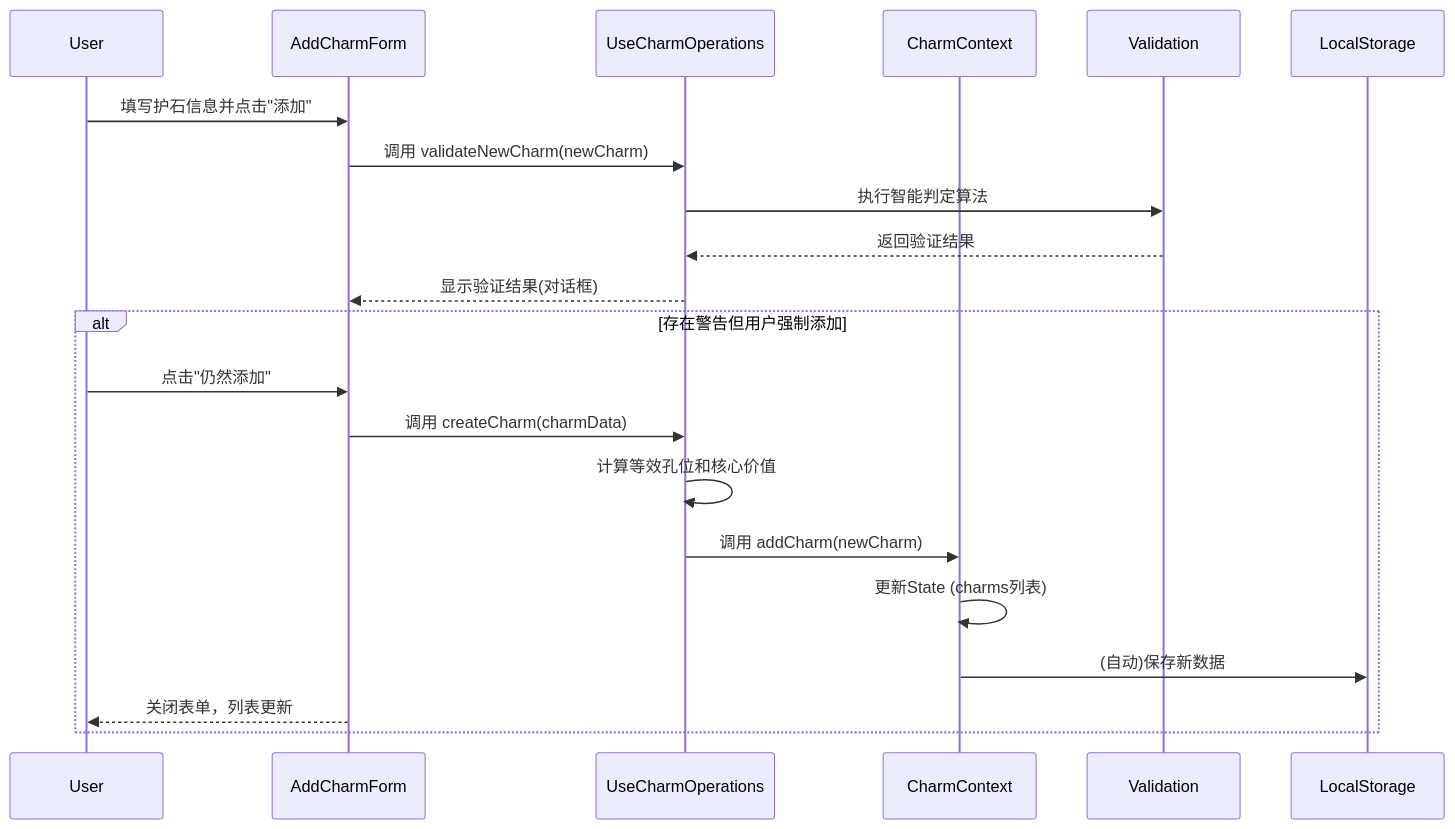
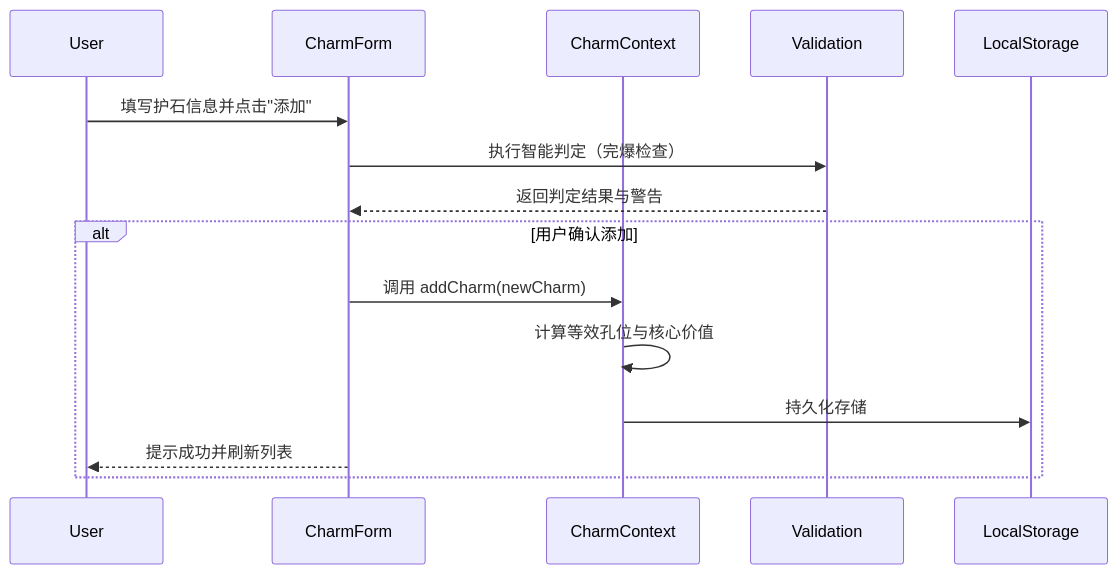
One commit to mooonseeker/mhws-set-builder changed the third of 3 diagrams in ARCHITECTURE.md. Above: the diagram before and after it, drawn with Mermaid. The commit also changed other lines of this file and 1 other file, not shown here.

Commit message:
📃 docs: update ARCHITECTURE and README

````diff
--- a/ARCHITECTURE.md
+++ b/ARCHITECTURE.md
@@ -389,25 +293,19 @@
 ```mermaid
 sequenceDiagram
     participant User
-    participant AddCharmForm
-    participant UseCharmOperations
+    participant CharmForm
     participant CharmContext
     participant Validation
     participant LocalStorage
 
-    User->>AddCharmForm: 填写护石信息并点击"添加"
-    AddCharmForm->>UseCharmOperations: 调用 validateNewCharm(newCharm)
-    UseCharmOperations->>Validation: 执行智能判定算法
-    Validation-->>UseCharmOperations: 返回验证结果
-    UseCharmOperations-->>AddCharmForm: 显示验证结果(对话框)
-
-    alt 存在警告但用户强制添加
-        User->>AddCharmForm: 点击"仍然添加"
-        AddCharmForm->>UseCharmOperations: 调用 createCharm(charmData)
-        UseCharmOperations->>UseCharmOperations: 计算等效孔位和核心价值
-        UseCharmOperations->>CharmContext: 调用 addCharm(newCharm)
-        CharmContext->>CharmContext: 更新State (charms列表)
-        CharmContext->>LocalStorage: (自动)保存新数据
-        AddCharmForm-->>User: 关闭表单，列表更新
+    User->>CharmForm: 填写护石信息并点击"添加"
+    CharmForm->>Validation: 执行智能判定（完爆检查）
+    Validation-->>CharmForm: 返回判定结果与警告
+    
+    alt 用户确认添加
+        CharmForm->>CharmContext: 调用 addCharm(newCharm)
+        CharmContext->>CharmContext: 计算等效孔位与核心价值
+        CharmContext->>LocalStorage: 持久化存储
+        CharmForm-->>User: 提示成功并刷新列表
     end
 ```
````
